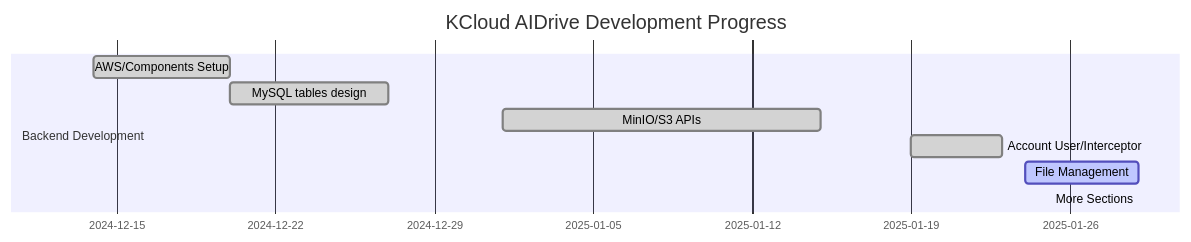
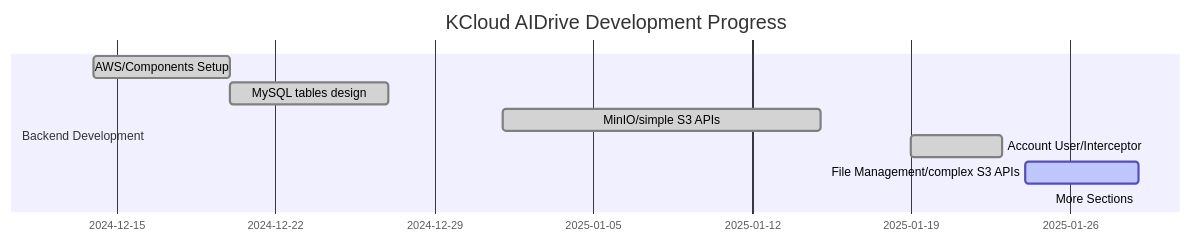
One commit to kaikang-sde/kcloud_aidrive changed the first of 2 diagrams in README.md. Above: the diagram before and after it, drawn with Mermaid.

Commit message:
update progress

````diff
--- a/README.md
+++ b/README.md
@@ -27,17 +27,17 @@
 ```mermaid
 gantt
     title KCloud AIDrive Development Progress
     dateFormat  YYYY-MM-DD
     section Backend Development
       AWS/Components Setup                :done, setup, 2024-12-14, 2024-12-20
       MySQL tables design                 :done, db, 2024-12-20, 2024-12-27
-      MinIO/S3 APIs                       :done, s3, 2025-01-01, 2025-01-15
+      MinIO/simple S3 APIs                       :done, s3, 2025-01-01, 2025-01-15
       Account User/Interceptor            :done, users, 2025-01-19, 2025-01-23
-      File Management                     :active, files, 2025-01-24, 5d
+      File Management/complex S3 APIs     :active, files, 2025-01-24, 5d
       More Sections                       :after files
     section Frontend Development
         
     section AI Model Development
 
     section Deployment & Optimization
 ```
````
